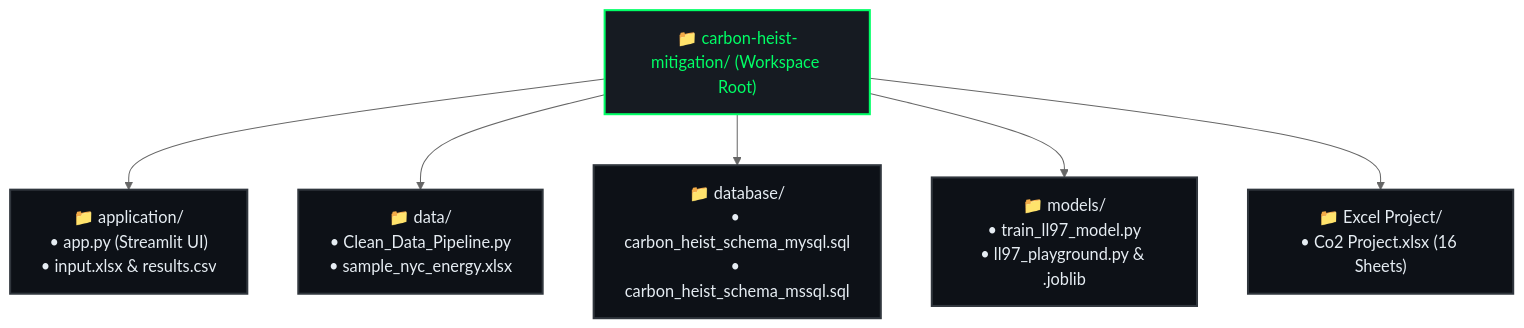
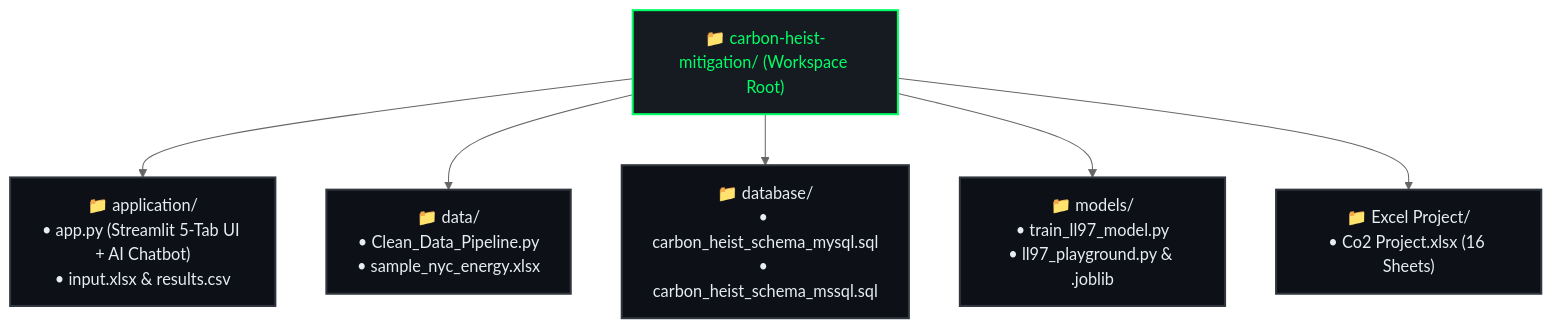
One commit to Huda-Amr/carbon-heist-mitigation changed the first of 2 diagrams in Project Documentations/04_Implementation_and_Coding_Standards.md. Above: the diagram before and after it, drawn with Mermaid (neutral theme). The commit also changed other lines of this file and 9 other files, not shown here.

Commit message:
Comprehensive documentation suite & README audit: integrate Tab 5 Dual-Engine AI Chatbot, 16-Sheet Excel references, and test cases across all Docs, Folder READMEs, and master Word docx

````diff
--- a/Project Documentations/04_Implementation_and_Coding_Standards.md
+++ b/Project Documentations/04_Implementation_and_Coding_Standards.md
@@ -71,11 +71,11 @@
 ```mermaid
 flowchart TD
-    ROOT["📁 carbon-heist-mitigation/ (Workspace Root)"]:::root --> APP["📁 application/\n• app.py (Streamlit UI)\n• input.xlsx & results.csv"]:::pkg
+    ROOT["📁 carbon-heist-mitigation/ (Workspace Root)"]:::root --> APP["📁 application/\n• app.py (Streamlit 5-Tab UI + AI Chatbot)\n• input.xlsx & results.csv"]:::pkg
     ROOT --> DATA["📁 data/\n• Clean_Data_Pipeline.py\n• sample_nyc_energy.xlsx"]:::pkg
     ROOT --> DB["📁 database/\n• carbon_heist_schema_mysql.sql\n• carbon_heist_schema_mssql.sql"]:::pkg
     ROOT --> ML["📁 models/\n• train_ll97_model.py\n• ll97_playground.py & .joblib"]:::pkg
     ROOT --> EXCEL["📁 Excel Project/\n• Co2 Project.xlsx (16 Sheets)"]:::pkg
 
     classDef root fill:#161B22,stroke:#00FF66,stroke-width:2px,color:#00FF66
     classDef pkg fill:#0D1117,stroke:#30363D,stroke-width:2px,color:#E6EDF3
 ```
````
